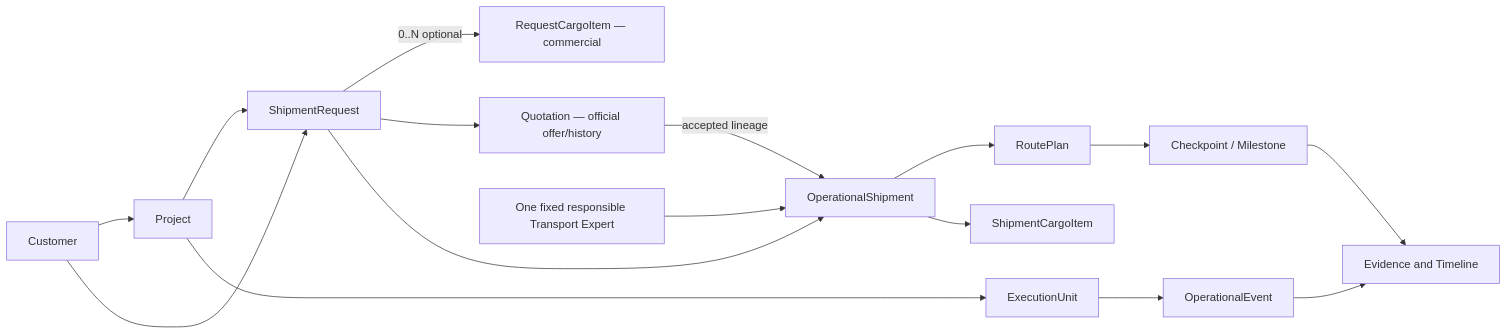
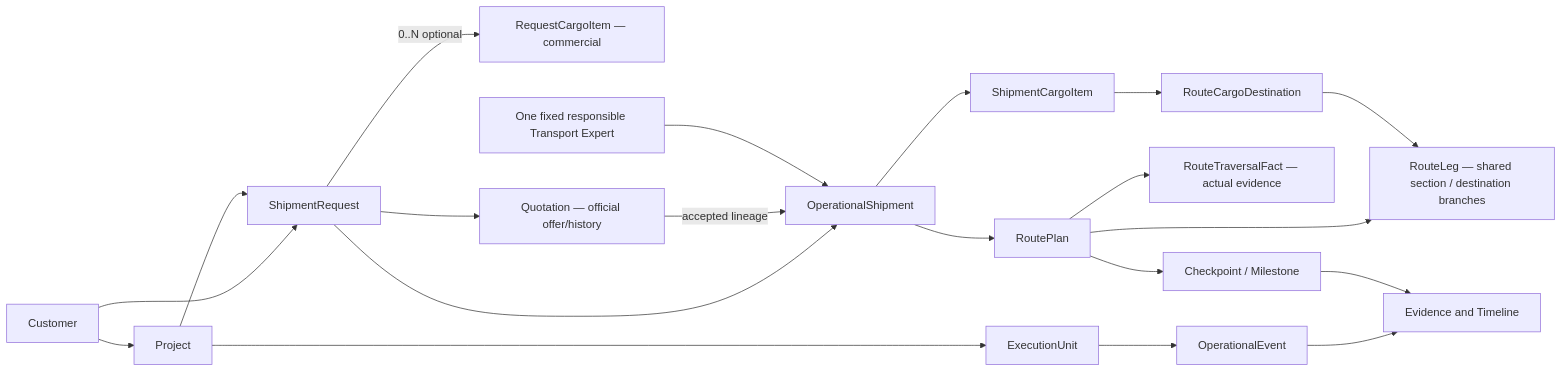
The third of 9 diagrams in docs/operational/FDM-001-forwarder-domain-map.md (behtashnoori/forwarder), drawn with Mermaid before and after one commit. The commit also changed other lines of this file and 59 other files, not shown here.

````diff
--- a/docs/operational/FDM-001-forwarder-domain-map.md
+++ b/docs/operational/FDM-001-forwarder-domain-map.md
@@ -38,17 +38,20 @@
 ```mermaid
 flowchart LR
   C["Customer"] --> P["Project"]
   C --> SR["ShipmentRequest"]
   SR -->|"0..N optional"| RC["RequestCargoItem — commercial"]
   SR --> Q["Quotation — official offer/history"]
   P --> SR --> OS["OperationalShipment"]
   Q -->|"accepted lineage"| OS
   TE["One fixed responsible Transport Expert"] --> OS
   P --> EU["ExecutionUnit"]
   OS --> RP["RoutePlan"]
   OS --> SC["ShipmentCargoItem"]
+  RP --> RL["RouteLeg — shared section / destination branches"]
+  SC --> RCD["RouteCargoDestination"] --> RL
+  RP --> RT["RouteTraversalFact — actual evidence"]
   EU --> EV["OperationalEvent"]
   RP --> CP["Checkpoint / Milestone"]
   EV --> E["Evidence and Timeline"]
   CP --> E
 ```
````
